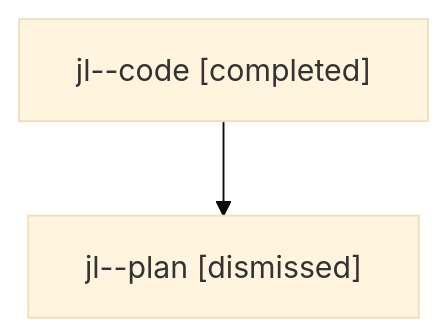
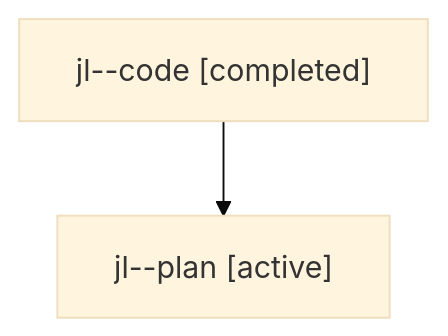
One commit to sase-org/sase--agents changed the diagram in families/bbugyi200.athena.jl.md. Above: the diagram before and after it, drawn with Mermaid (base theme). The commit also changed other lines of this file and 8679 other files, not shown here.

````diff
--- a/families/bbugyi200.athena.jl.md
+++ b/families/bbugyi200.athena.jl.md
@@ -9,6 +9,6 @@
 ```mermaid
 flowchart TD
   n0["jl--code [completed]"]
-  n1["jl--plan [dismissed]"]
+  n1["jl--plan [active]"]
   n0 --> n1
 ```
````
